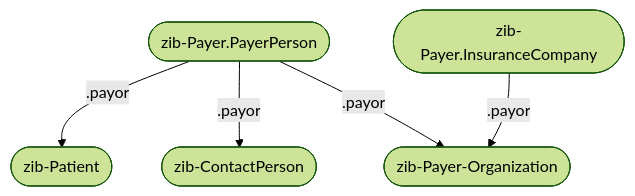
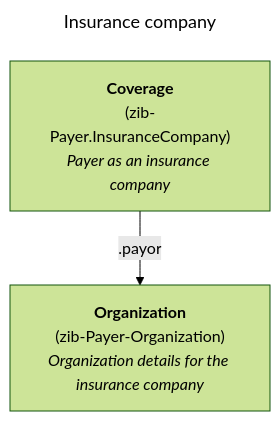
One commit to Nictiz/Nictiz-R4-zib2024 changed the second of 4 diagrams in documentation/Payer.md. Above: the diagram before and after it, drawn with Mermaid (forest theme). The commit also changed other lines of this file, not shown here.

````diff
--- a/documentation/Payer.md
+++ b/documentation/Payer.md
@@ -5,9 +38,13 @@
 ```mermaid
+---
+title: Insurance company
+---
 flowchart TB
-    A([zib-Payer.PayerPerson])
-    A -- .payor --> C([zib-Patient])
-    A -- .payor --> D([zib-ContactPerson])
-    A -- .payor --> E([zib-Payer-Organization])
-    B([zib-Payer.InsuranceCompany])
-    B -- .payor --> E
+    zib-Payer.InsuranceCompany["`**Coverage**
+        (zib-Payer.InsuranceCompany)
+        _Payer as an insurance company_`"]
+    zib-Payer-Organization["`**Organization**
+        (zib-Payer-Organization)
+        _Organization details for the insurance company_`"]
+    zib-Payer.InsuranceCompany -- .payor --> zib-Payer-Organization
 ```
````
